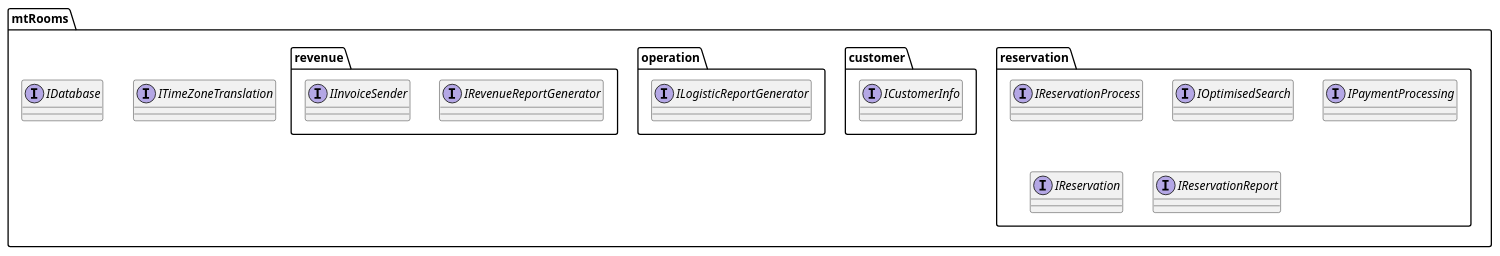
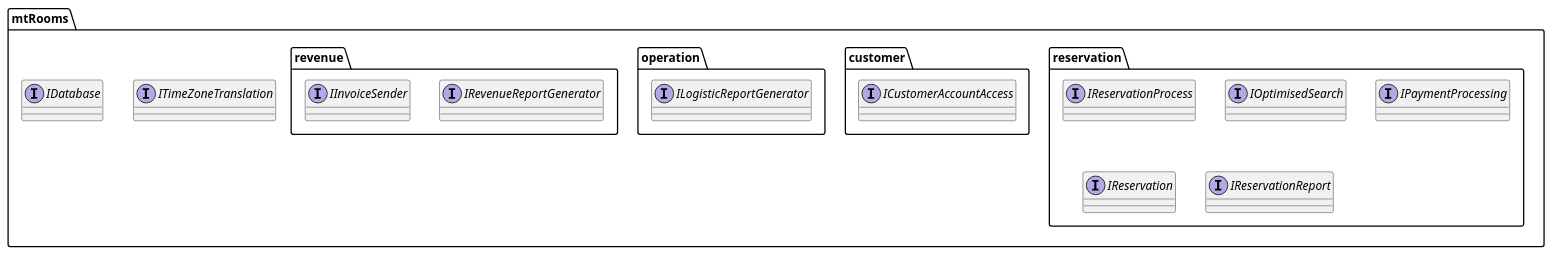
The diagram in docs/uml/component_interface_defs.puml (BBKbeam/mtRooms), drawn with PlantUML before and after one commit. The commit also changed 1 other file, not shown here.

Commit message:
[UML] Change definition of "CustomerInfo" component to "CustomerAccountAccess"

```diff
--- a/docs/uml/component_interface_defs.puml
+++ b/docs/uml/component_interface_defs.puml
@@ -1,29 +1,29 @@
 @startuml
 
 package mtRooms {
     package "reservation" {
         interface IReservationProcess
         interface IOptimisedSearch
         interface IPaymentProcessing
         interface IReservation
         interface IReservationReport
     }
 
     package "customer" {
-        interface ICustomerInfo
+        interface ICustomerAccountAccess
     }
 
     package "operation" {
         interface ILogisticReportGenerator
     }
 
     package "revenue" {
         interface IRevenueReportGenerator
         interface IInvoiceSender
     }
 
     interface ITimeZoneTranslation
     interface IDatabase
 }
 
 @enduml
```
